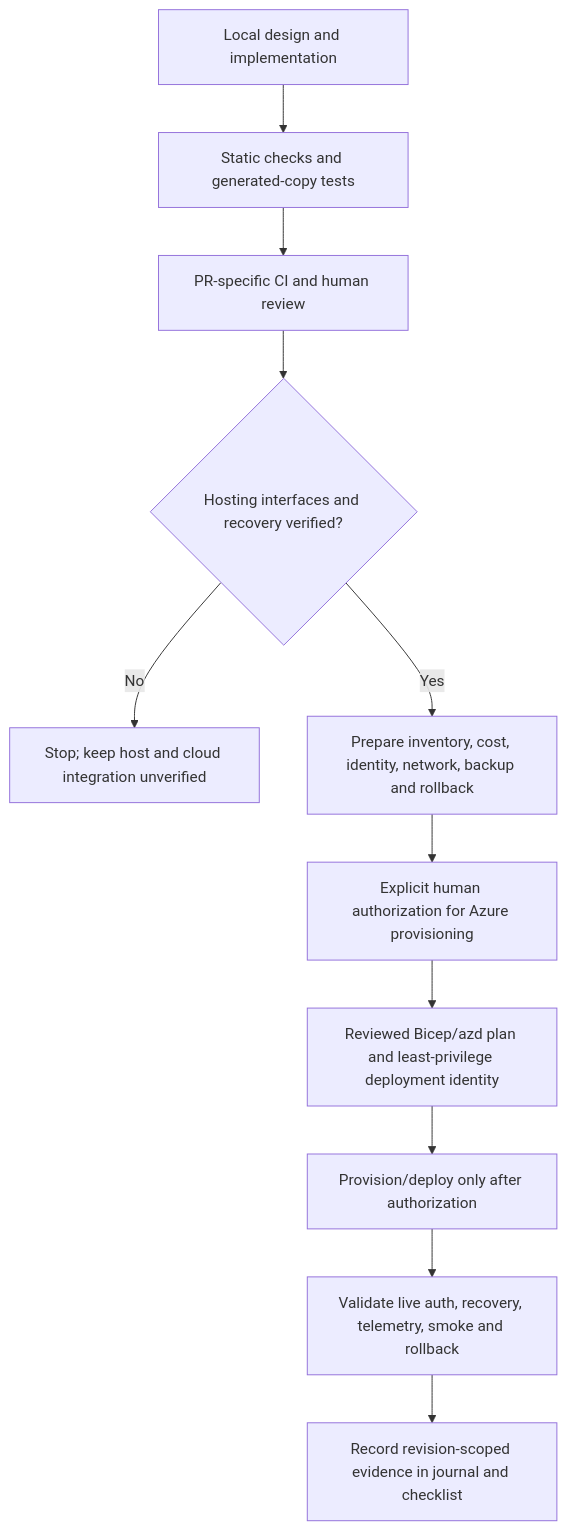
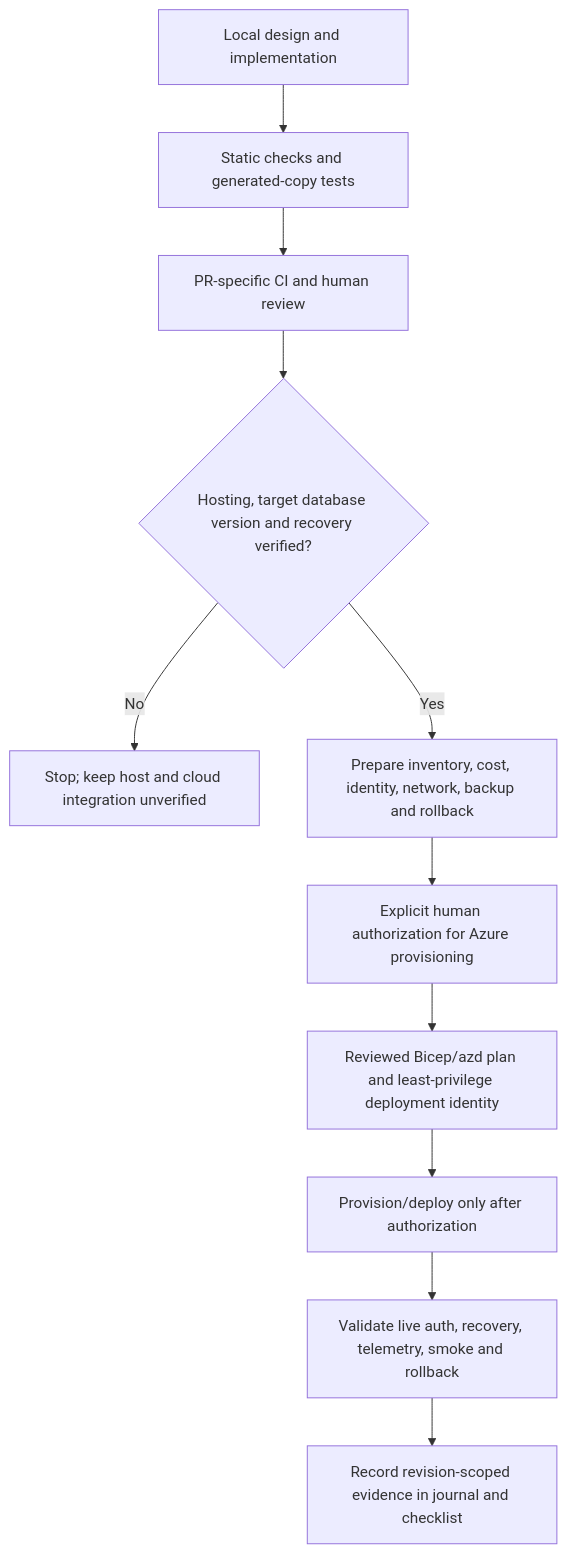
Before and after one commit to ppenumatsa1/agent-blueprints: the diagram in blueprints/maf/workflow/docs/design/deployment-flow.md, drawn with Mermaid. The commit also changed other lines of this file and 10 other files, not shown here.

````diff
--- a/blueprints/maf/workflow/docs/design/deployment-flow.md
+++ b/blueprints/maf/workflow/docs/design/deployment-flow.md
@@ -76,13 +83,13 @@
 ```mermaid
 flowchart TD
     A[Local design and implementation] --> B[Static checks and generated-copy tests]
     B --> C[PR-specific CI and human review]
-    C --> D{Hosting interfaces and recovery verified?}
+    C --> D{Hosting, target database version and recovery verified?}
     D -- No --> E[Stop; keep host and cloud integration unverified]
     D -- Yes --> F[Prepare inventory, cost, identity, network, backup and rollback]
     F --> G[Explicit human authorization for Azure provisioning]
     G --> H[Reviewed Bicep/azd plan and least-privilege deployment identity]
     H --> I[Provision/deploy only after authorization]
     I --> J[Validate live auth, recovery, telemetry, smoke and rollback]
     J --> K[Record revision-scoped evidence in journal and checklist]
 ```
````
